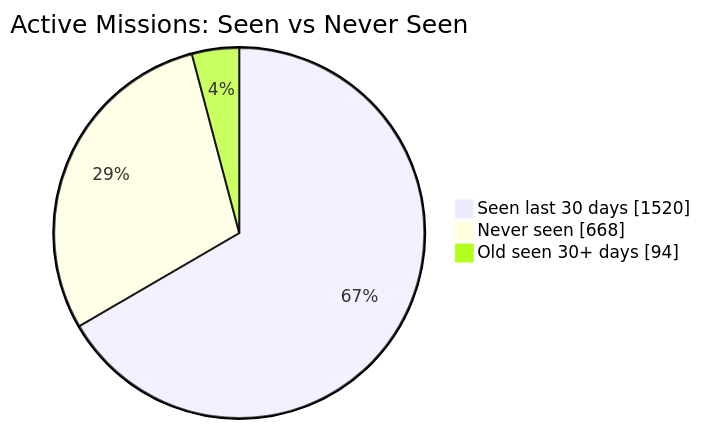
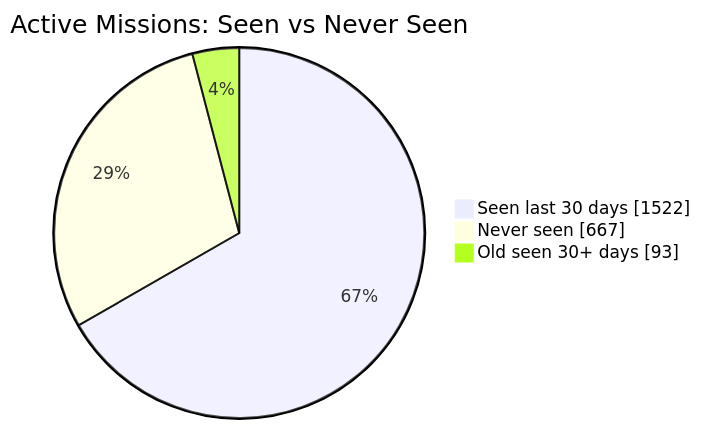
The first of 2 diagrams in README.md (MeldkamerspelGameTeam/active-missions), drawn with Mermaid before and after one commit. The commit also changed other lines of this file and 3 other files, not shown here.

````diff
--- a/README.md
+++ b/README.md
@@ -34,7 +34,7 @@
 ```mermaid
 pie showData
     title Active Missions: Seen vs Never Seen
-    "Seen last 30 days" : 1520
-    "Never seen" : 668
-    "Old seen 30+ days" : 94
+    "Seen last 30 days" : 1522
+    "Never seen" : 667
+    "Old seen 30+ days" : 93
 ```
````
